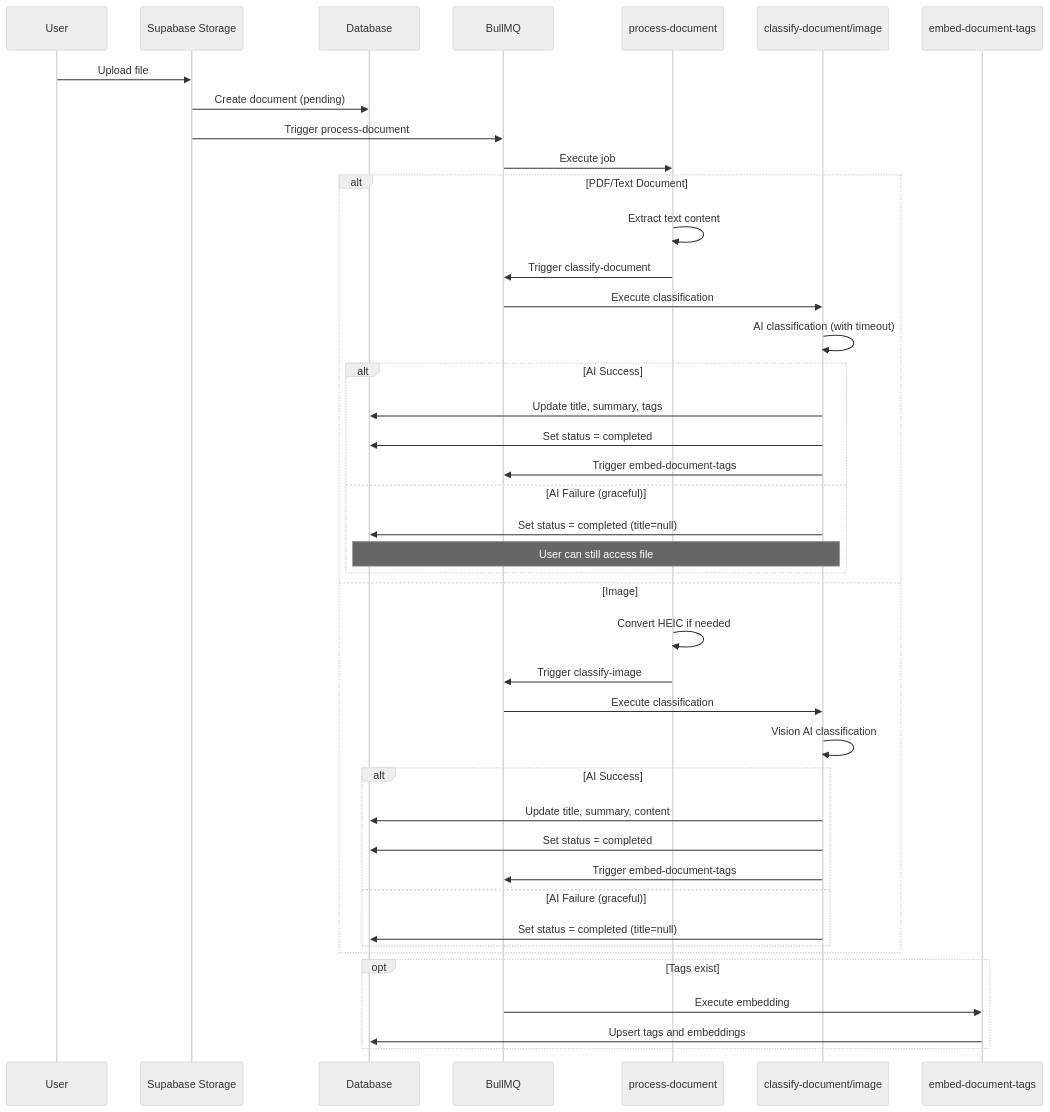
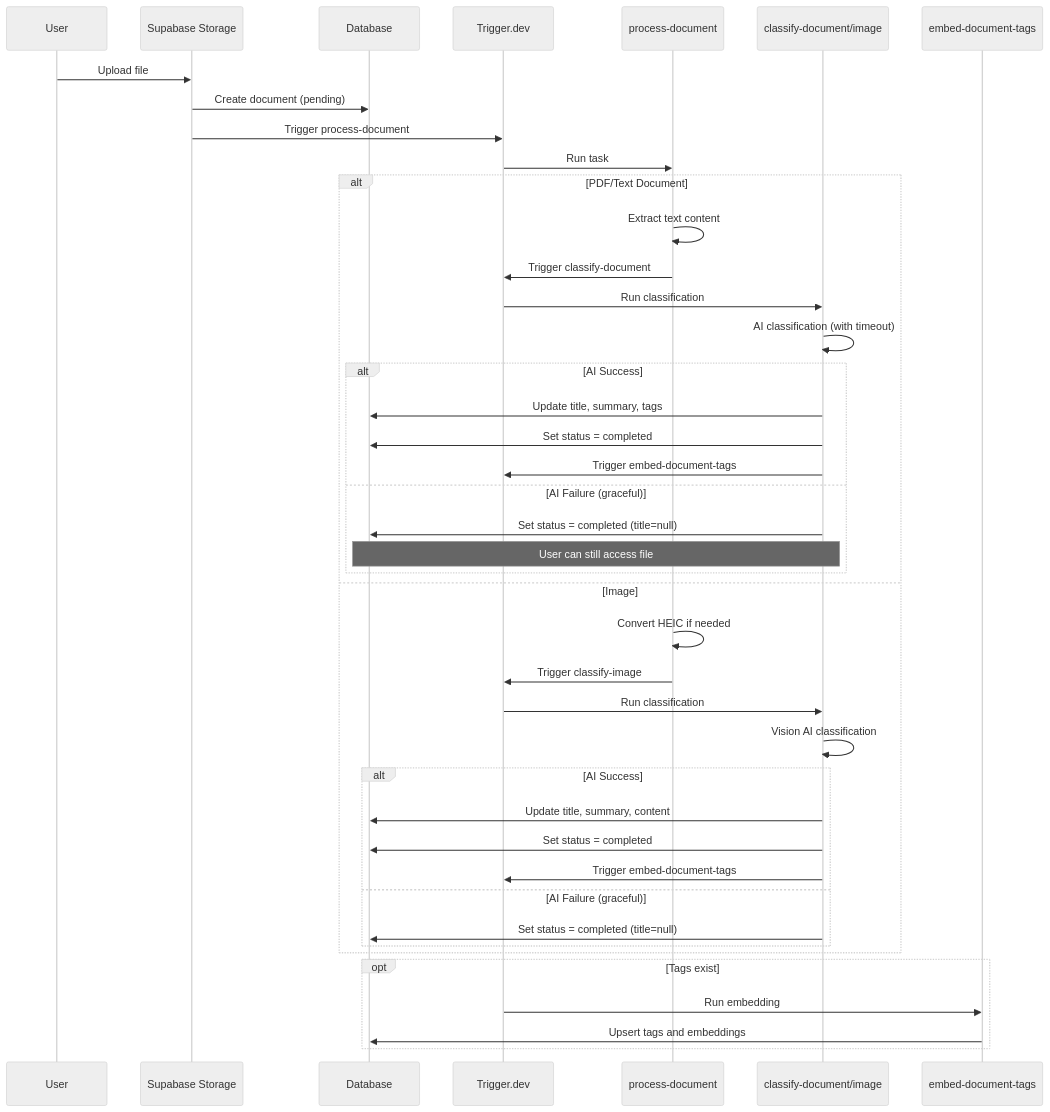
Before and after one commit to FredflixBE/midday: the third of 6 diagrams in docs/document-processing.md, drawn with Mermaid (neutral theme). The commit also changed other lines of this file and 3 other files, not shown here.

````diff
--- a/docs/document-processing.md
+++ b/docs/document-processing.md
@@ -132,51 +127,51 @@
 ```mermaid
 sequenceDiagram
     participant User
     participant Storage as Supabase Storage
     participant DB as Database
-    participant Queue as BullMQ
+    participant Trigger as Trigger.dev
     participant Process as process-document
     participant Classify as classify-document/image
     participant Embed as embed-document-tags
     
     User->>Storage: Upload file
     Storage->>DB: Create document (pending)
-    Storage->>Queue: Trigger process-document
+    Storage->>Trigger: Trigger process-document
     
-    Queue->>Process: Execute job
+    Trigger->>Process: Run task
     
     alt PDF/Text Document
         Process->>Process: Extract text content
-        Process->>Queue: Trigger classify-document
-        Queue->>Classify: Execute classification
+        Process->>Trigger: Trigger classify-document
+        Trigger->>Classify: Run classification
         Classify->>Classify: AI classification (with timeout)
         
         alt AI Success
             Classify->>DB: Update title, summary, tags
             Classify->>DB: Set status = completed
-            Classify->>Queue: Trigger embed-document-tags
+            Classify->>Trigger: Trigger embed-document-tags
         else AI Failure (graceful)
             Classify->>DB: Set status = completed (title=null)
             Note over Classify,DB: User can still access file
         end
         
     else Image
         Process->>Process: Convert HEIC if needed
-        Process->>Queue: Trigger classify-image
-        Queue->>Classify: Execute classification
+        Process->>Trigger: Trigger classify-image
+        Trigger->>Classify: Run classification
         Classify->>Classify: Vision AI classification
         
         alt AI Success
             Classify->>DB: Update title, summary, content
             Classify->>DB: Set status = completed
-            Classify->>Queue: Trigger embed-document-tags
+            Classify->>Trigger: Trigger embed-document-tags
         else AI Failure (graceful)
             Classify->>DB: Set status = completed (title=null)
         end
     end
     
     opt Tags exist
-        Queue->>Embed: Execute embedding
+        Trigger->>Embed: Run embedding
         Embed->>DB: Upsert tags and embeddings
     end
 ```
````
